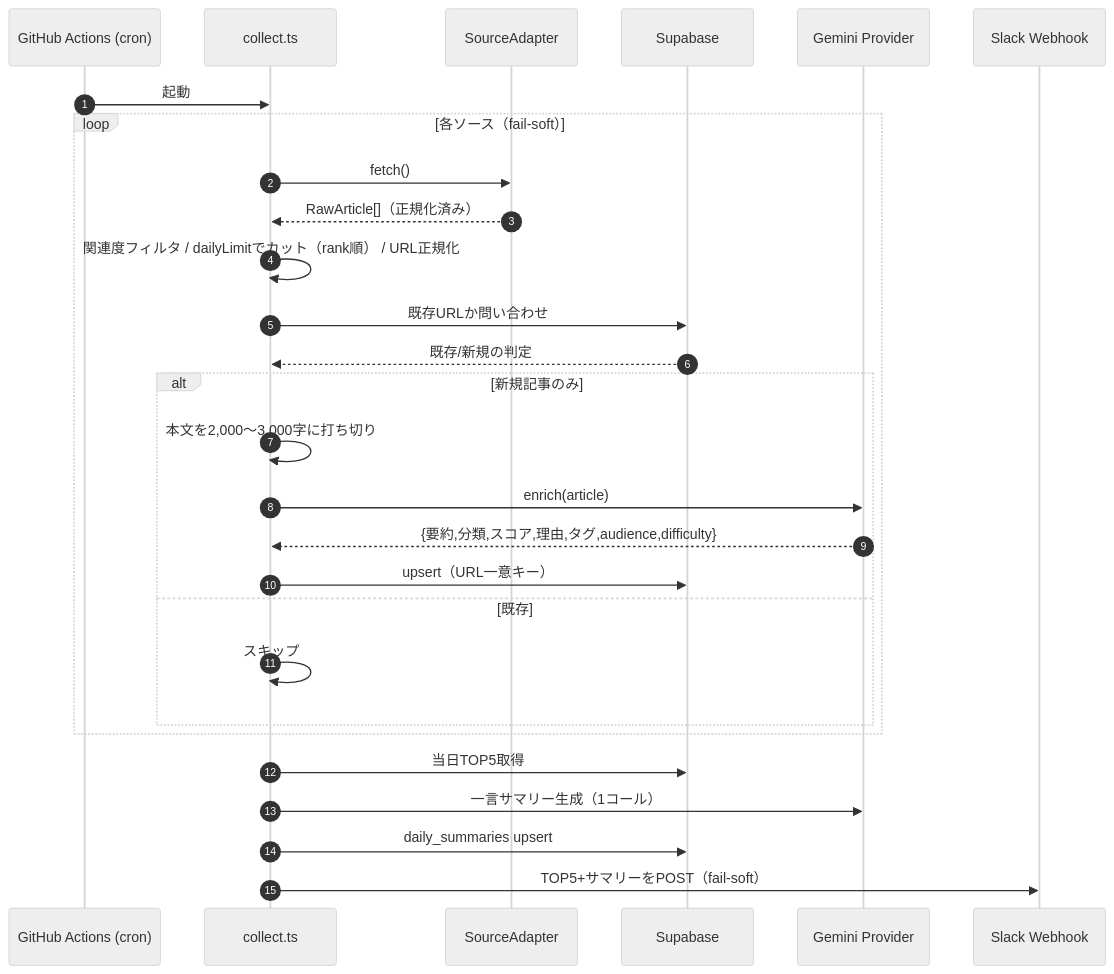
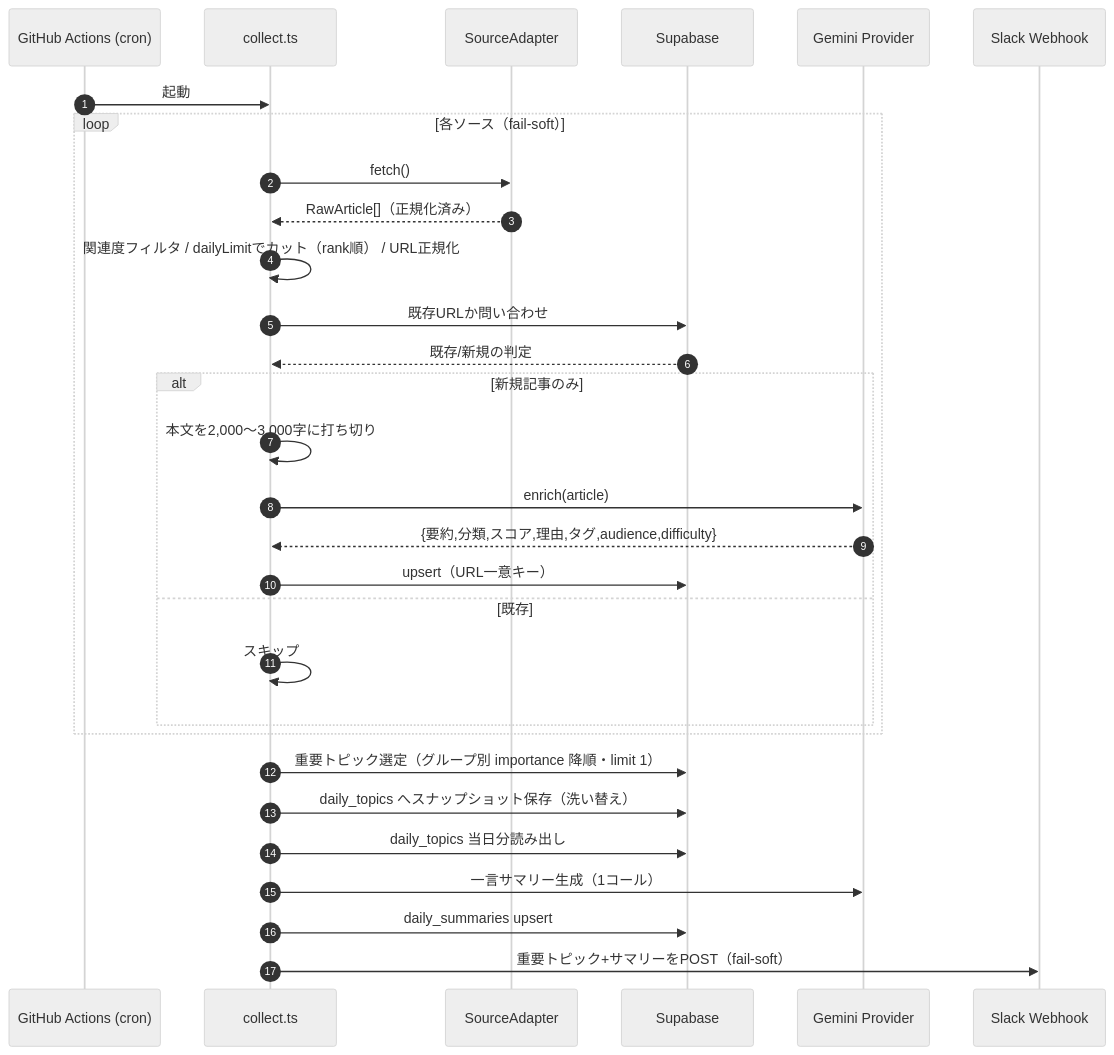
The second of 3 diagrams in SPEC.md (A-sato0422/ai-catch-up), drawn with Mermaid (neutral theme) before and after one commit. The commit also changed other lines of this file and 42 other files, not shown here.

````diff
--- a/SPEC.md
+++ b/SPEC.md
@@ -376,31 +393,33 @@
 ```mermaid
 sequenceDiagram
     autonumber
     participant CRON as GitHub Actions (cron)
     participant COL as collect.ts
     participant SRC as SourceAdapter
     participant DB as Supabase
     participant LLM as Gemini Provider
     participant SLACK as Slack Webhook
 
     CRON->>COL: 起動
     loop 各ソース（fail-soft）
         COL->>SRC: fetch()
         SRC-->>COL: RawArticle[]（正規化済み）
         COL->>COL: 関連度フィルタ / dailyLimitでカット（rank順） / URL正規化
         COL->>DB: 既存URLか問い合わせ
         DB-->>COL: 既存/新規の判定
         alt 新規記事のみ
             COL->>COL: 本文を2,000〜3,000字に打ち切り
             COL->>LLM: enrich(article)
             LLM-->>COL: {要約,分類,スコア,理由,タグ,audience,difficulty}
             COL->>DB: upsert（URL一意キー）
         else 既存
             COL->>COL: スキップ
         end
     end
-    COL->>DB: 当日TOP5取得
+    COL->>DB: 重要トピック選定（グループ別 importance 降順・limit 1）
+    COL->>DB: daily_topics へスナップショット保存（洗い替え）
+    COL->>DB: daily_topics 当日分読み出し
     COL->>LLM: 一言サマリー生成（1コール）
     COL->>DB: daily_summaries upsert
-    COL->>SLACK: TOP5+サマリーをPOST（fail-soft）
+    COL->>SLACK: 重要トピック+サマリーをPOST（fail-soft）
 ```
````
